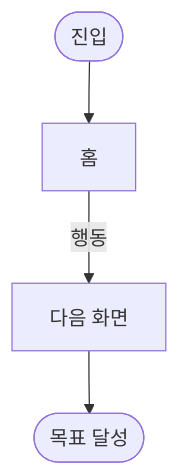
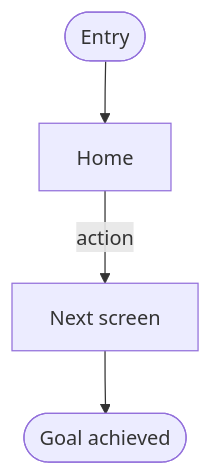
Before and after one commit to R00neyj/vibe_workflow: the diagram in plugins/vibe-workflow/templates/03-flow.md, drawn with Mermaid. The commit also changed other lines of this file and 37 other files, not shown here.

````diff
--- a/plugins/vibe-workflow/templates/03-flow.md
+++ b/plugins/vibe-workflow/templates/03-flow.md
@@ -27,6 +27,6 @@
 ```mermaid
 flowchart TD
-  start([진입]) --> home[홈]
-  home -->|행동| next[다음 화면]
-  next --> done([목표 달성])
+  start([Entry]) --> home[Home]
+  home -->|action| next[Next screen]
+  next --> done([Goal achieved])
 ```
````
